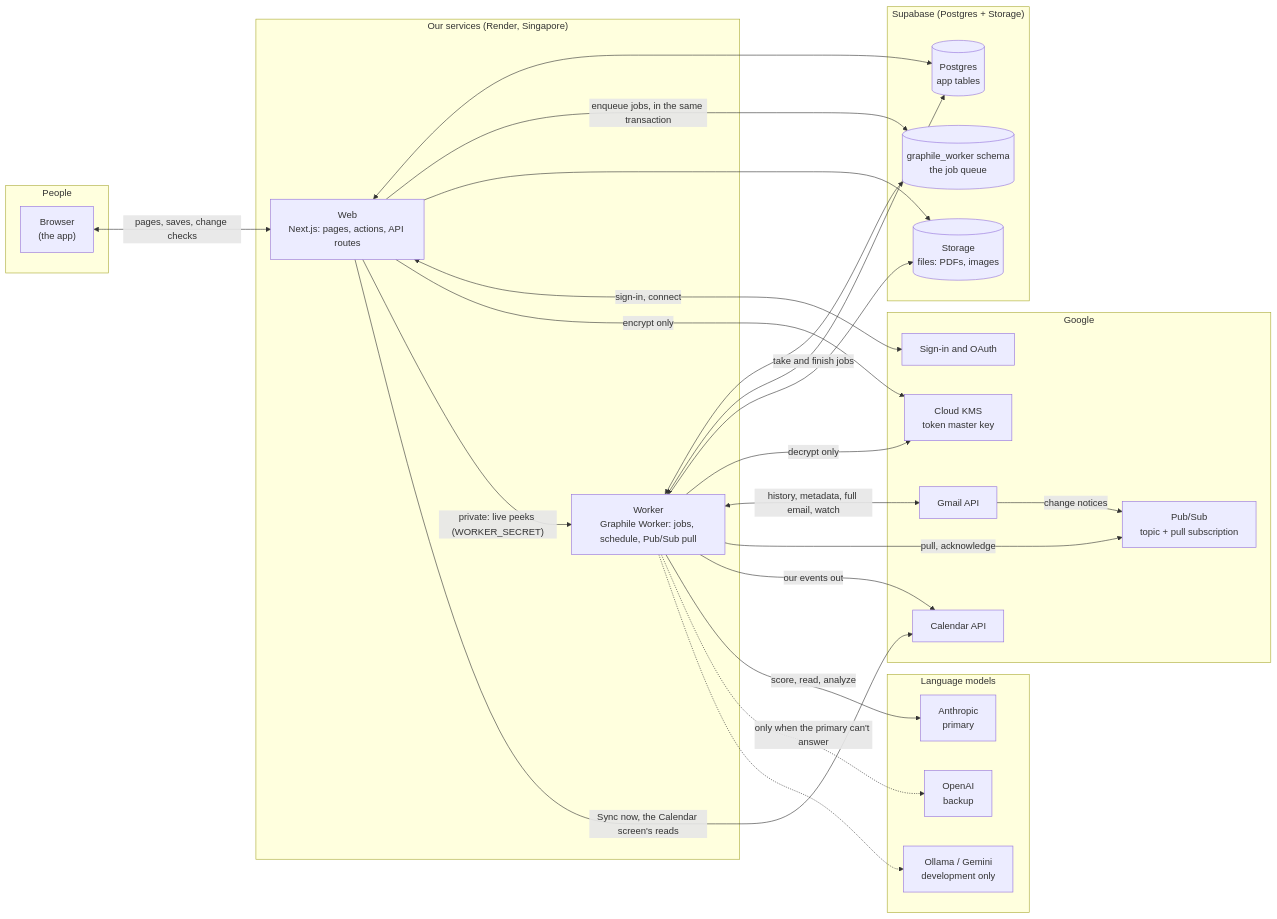
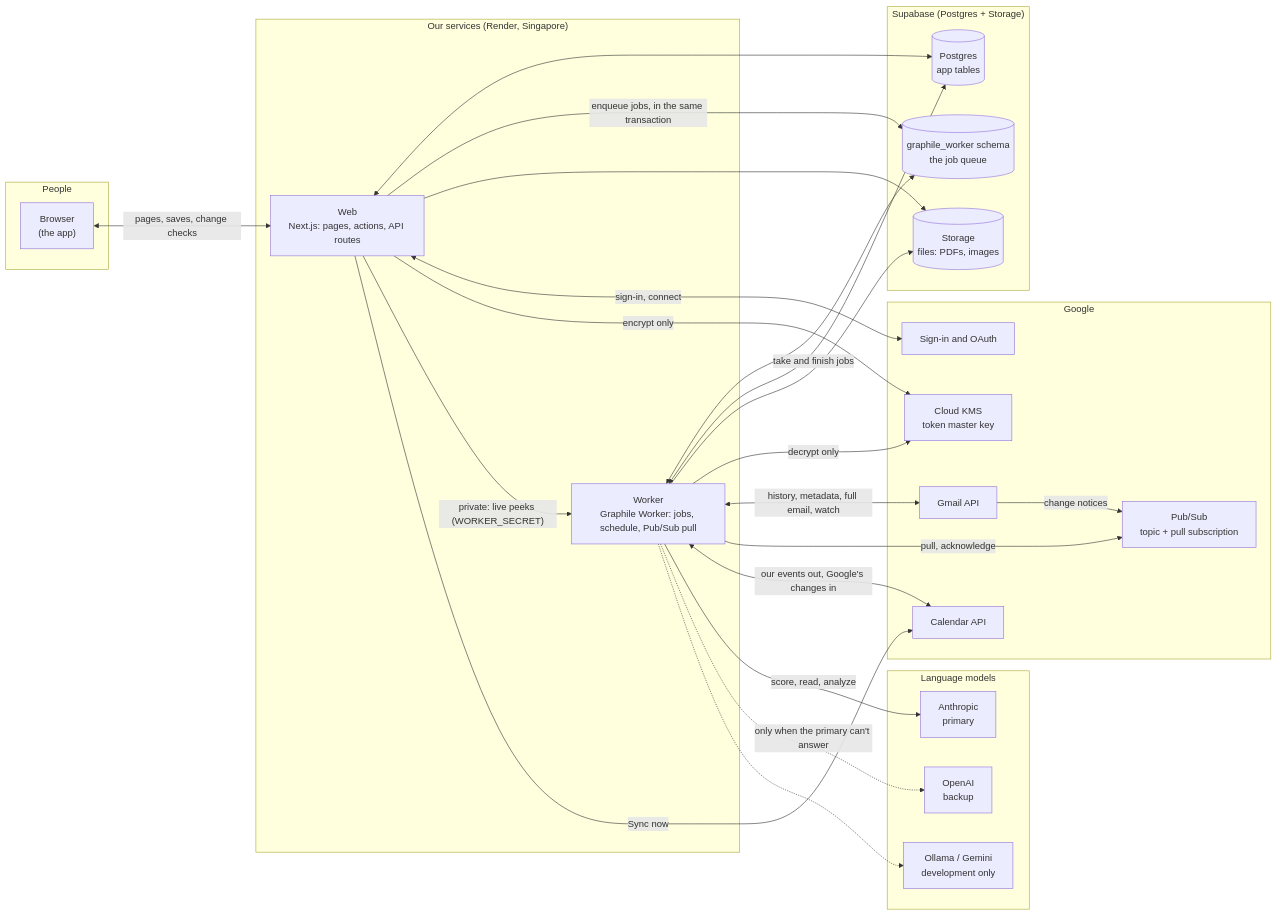
Before and after one commit to janiceyujie/talent_biz_os: the first of 9 diagrams in docs/system-map.md, drawn with Mermaid. The commit also changed other lines of this file and 40 other files, not shown here.

````diff
--- a/docs/system-map.md
+++ b/docs/system-map.md
@@ -17,52 +17,52 @@
 ```mermaid
 flowchart LR
   subgraph People
     B["Browser<br/>(the app)"]
   end
 
   subgraph Ours["Our services (Render, Singapore)"]
     W["Web<br/>Next.js: pages, actions, API routes"]
     K["Worker<br/>Graphile Worker: jobs, schedule, Pub/Sub pull"]
   end
 
   subgraph Data["Supabase (Postgres + Storage)"]
     DB[("Postgres<br/>app tables")]
     Q[("graphile_worker schema<br/>the job queue")]
     S[("Storage<br/>files: PDFs, images")]
   end
 
   subgraph Google["Google"]
     GA["Sign-in and OAuth"]
     GM["Gmail API"]
     PS["Pub/Sub<br/>topic + pull subscription"]
     GC["Calendar API"]
     KMS["Cloud KMS<br/>token master key"]
   end
 
   subgraph AI["Language models"]
     AN["Anthropic<br/>primary"]
     OA["OpenAI<br/>backup"]
     DEV["Ollama / Gemini<br/>development only"]
   end
 
   B <-->|pages, saves, change checks| W
   W <--> DB
   W -->|enqueue jobs, in the same transaction| Q
   W --> S
   W <-->|sign-in, connect| GA
   W -->|encrypt only| KMS
   W -->|"private: live peeks (WORKER_SECRET)"| K
 
   K <-->|take and finish jobs| Q
   K <--> DB
   K --> S
   K -->|decrypt only| KMS
   K <-->|history, metadata, full email, watch| GM
   GM -->|change notices| PS
   K -->|pull, acknowledge| PS
-  K -->|our events out| GC
+  K <-->|our events out, Google's changes in| GC
   K -->|"score, read, analyze"| AN
   K -.->|only when the primary can't answer| OA
   K -.-> DEV
-  W -->|"Sync now, the Calendar screen's reads"| GC
+  W -->|Sync now| GC
 ```
````
